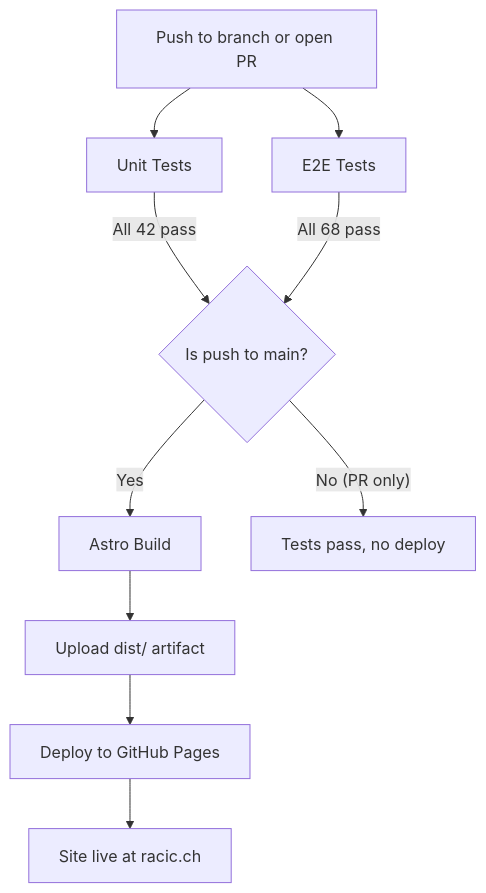
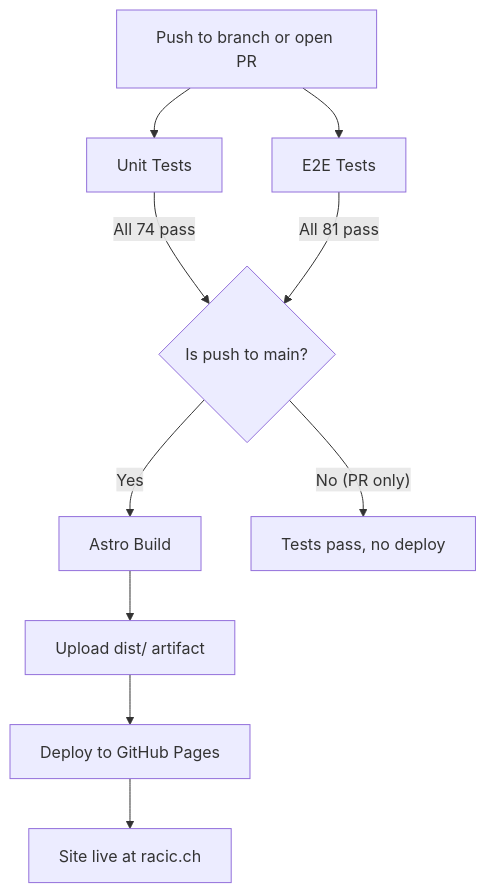
The fourth of 4 diagrams in src/content/blog/building-this-site-with-ai.md (rac2030/racic.ch), drawn with Mermaid before and after one commit. The commit also changed other lines of this file and 11 other files, not shown here.

```diff
--- a/src/content/blog/building-this-site-with-ai.md
+++ b/src/content/blog/building-this-site-with-ai.md
@@ -385,12 +385,12 @@
 <div class="mermaid">
 flowchart TD
 P["Push to branch or open PR"] --> T1["Unit Tests"]
 P --> T2["E2E Tests"]
-T1 -->|"All 42 pass"| B{"Is push to main?"}
-T2 -->|"All 68 pass"| B
+T1 -->|"All 74 pass"| B{"Is push to main?"}
+T2 -->|"All 81 pass"| B
 B -->|"Yes"| Build["Astro Build"]
 B -->|"No (PR only)"| Stop["Tests pass, no deploy"]
 Build --> Upload["Upload dist/ artifact"]
 Upload --> Deploy["Deploy to GitHub Pages"]
 Deploy --> Live["Site live at racic.ch"]
 </div>
```
